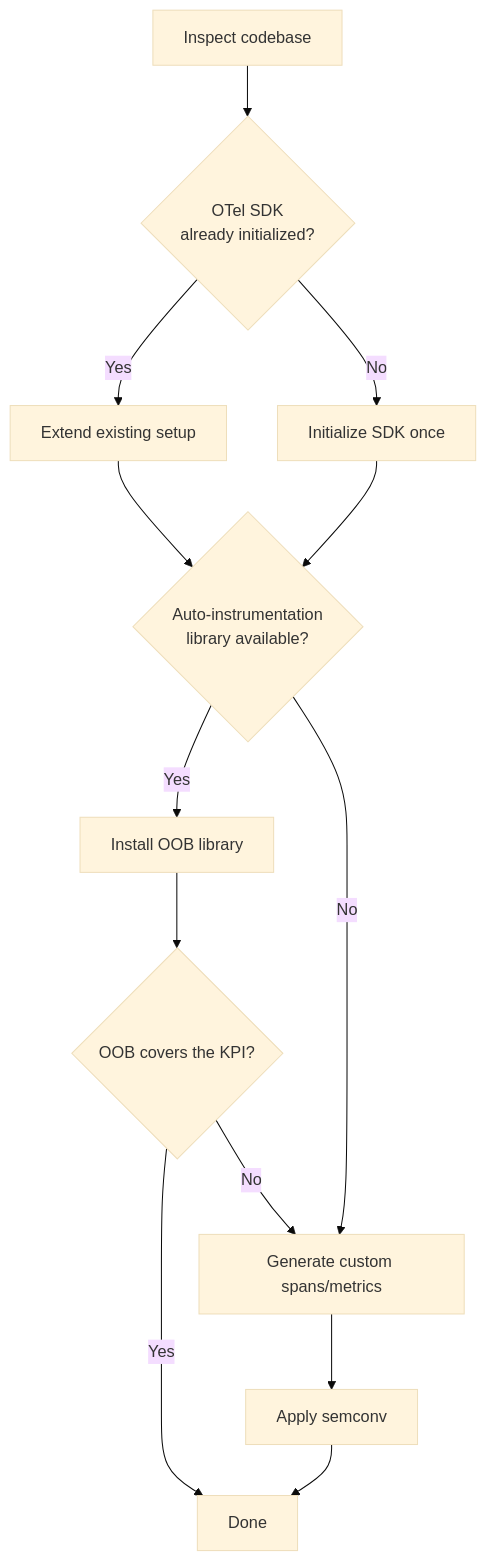
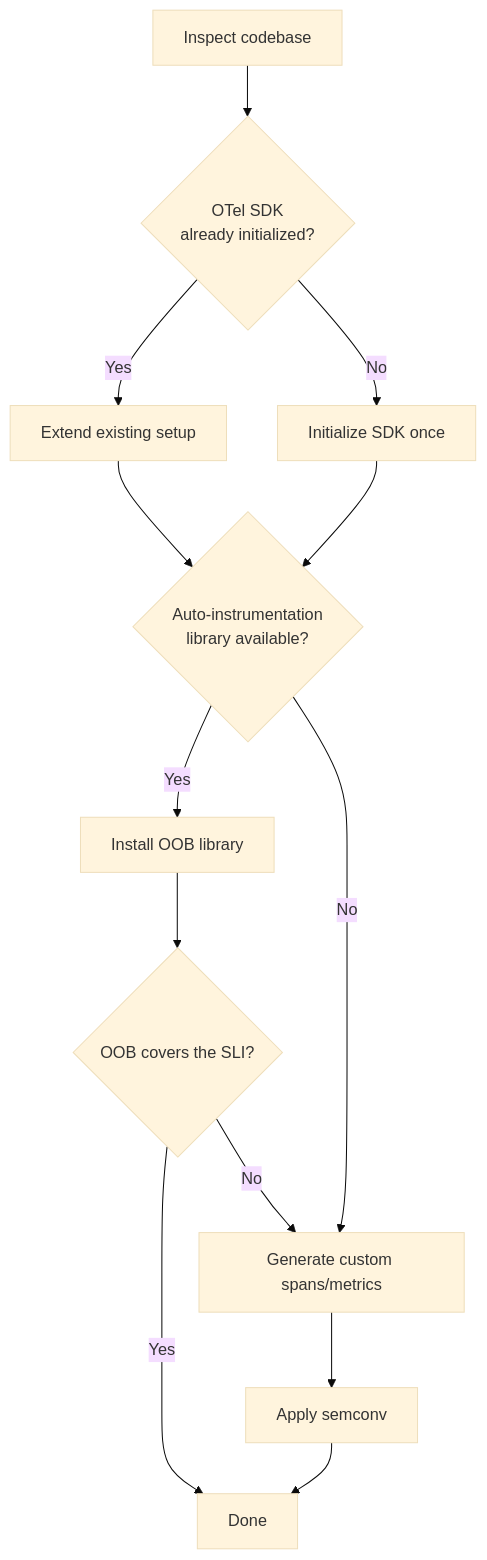
Before and after one commit to signalfx/obstudio: the diagram in docs/observe-skill.md, drawn with Mermaid (base theme). The commit also changed other lines of this file and 18 other files, not shown here.

````diff
--- a/docs/observe-skill.md
+++ b/docs/observe-skill.md
@@ -157,14 +157,14 @@
 ```mermaid
 flowchart TD
     A["Inspect codebase"] --> B{OTel SDK<br/>already initialized?}
     B -->|Yes| C["Extend existing setup"]
     B -->|No| D["Initialize SDK once"]
     C --> E{Auto-instrumentation<br/>library available?}
     D --> E
     E -->|Yes| F["Install OOB library"]
     E -->|No| G["Generate custom spans/metrics"]
-    F --> H{OOB covers the KPI?}
+    F --> H{OOB covers the SLI?}
     H -->|Yes| I["Done"]
     H -->|No| G
     G --> J["Apply semconv"] --> I
 ```
````
